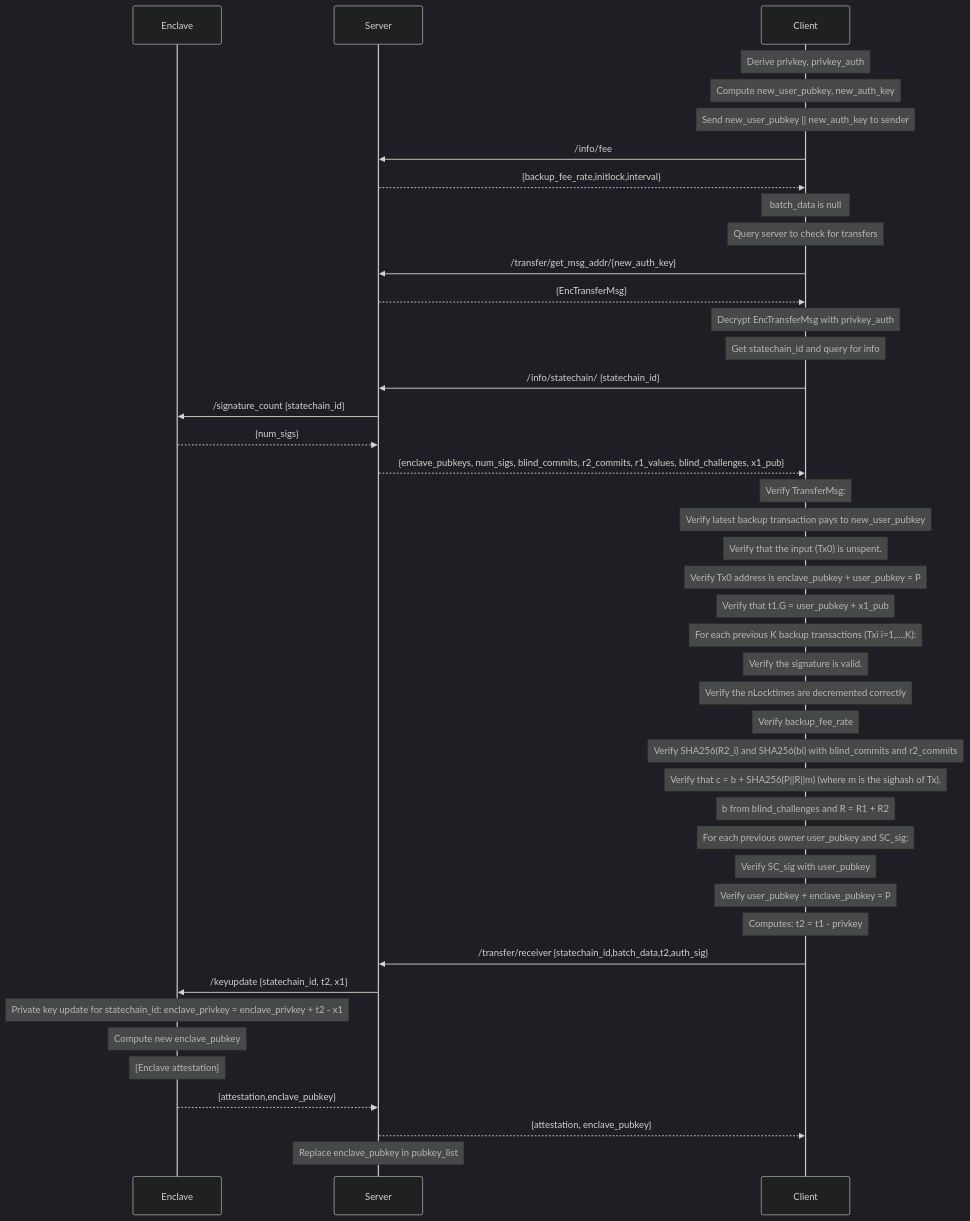
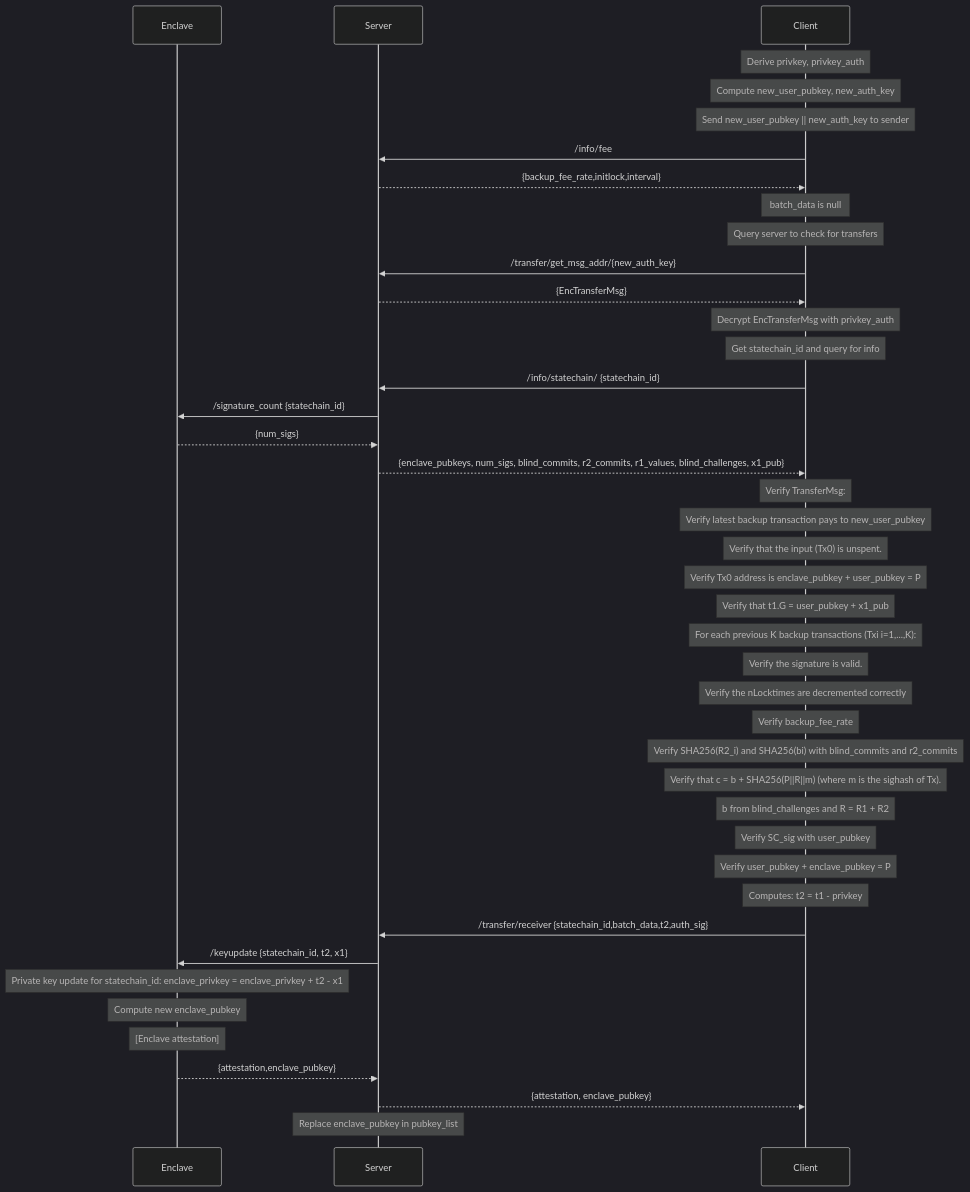
Before and after one commit to commerceblock/mercurylayer: the diagram in docs/transfer_receiver_sequence.md, drawn with Mermaid (dark theme).

````diff
--- a/docs/transfer_receiver_sequence.md
+++ b/docs/transfer_receiver_sequence.md
@@ -3,45 +3,44 @@
 ```mermaid
 sequenceDiagram
     participant Enclave
     participant Server
     participant Client
     note over Client: Derive privkey, privkey_auth
     note over Client: Compute new_user_pubkey, new_auth_key
     note over Client: Send new_user_pubkey || new_auth_key to sender
     Client->>Server: /info/fee
     Server-->>Client: {backup_fee_rate,initlock,interval}
     note over Client: batch_data is null
     note over Client: Query server to check for transfers
     Client->>Server: /transfer/get_msg_addr/{new_auth_key}
     Server-->>Client: {EncTransferMsg}
     note over Client: Decrypt EncTransferMsg with privkey_auth
     note over Client: Get statechain_id and query for info
     Client->>Server: /info/statechain/ {statechain_id}
     Server->>Enclave: /signature_count {statechain_id}
     Enclave-->>Server: {num_sigs}
     Server-->>Client: {enclave_pubkeys, num_sigs, blind_commits, r2_commits, r1_values, blind_challenges, x1_pub}
     note over Client: Verify TransferMsg:
     note over Client: Verify latest backup transaction pays to new_user_pubkey
     note over Client: Verify that the input (Tx0) is unspent.
     note over Client: Verify Tx0 address is enclave_pubkey + user_pubkey = P
     note over Client: Verify that t1.G = user_pubkey + x1_pub
     note over Client: For each previous K backup transactions (Txi i=1,...,K):
     note over Client:   Verify the signature is valid.
     note over Client:   Verify the nLocktimes are decremented correctly
     note over Client:   Verify backup_fee_rate
     note over Client:   Verify SHA256(R2_i) and SHA256(bi) with blind_commits and r2_commits
     note over Client:   Verify that c = b + SHA256(P||R||m) (where m is the sighash of Tx).
     note over Client:   b from blind_challenges and R = R1 + R2
-    note over Client: For each previous owner user_pubkey and SC_sig:
-    note over Client:   Verify SC_sig with user_pubkey
-    note over Client:   Verify user_pubkey + enclave_pubkey = P
+    note over Client: Verify SC_sig with user_pubkey
+    note over Client: Verify user_pubkey + enclave_pubkey = P
     note over Client: Computes: t2 = t1 - privkey
     Client->>Server: /transfer/receiver {statechain_id,batch_data,t2,auth_sig}
     Server->>Enclave: /keyupdate {statechain_id, t2, x1}
     note over Enclave: Private key update for statechain_id: enclave_privkey = enclave_privkey + t2 - x1
     note over Enclave: Compute new enclave_pubkey
     note over Enclave: [Enclave attestation]
     Enclave-->>Server: {attestation,enclave_pubkey}
     Server-->>Client: {attestation, enclave_pubkey}
     note over Server: Replace enclave_pubkey in pubkey_list
 ```
````
